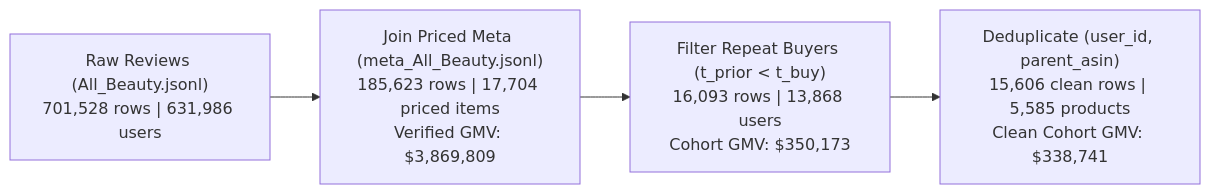
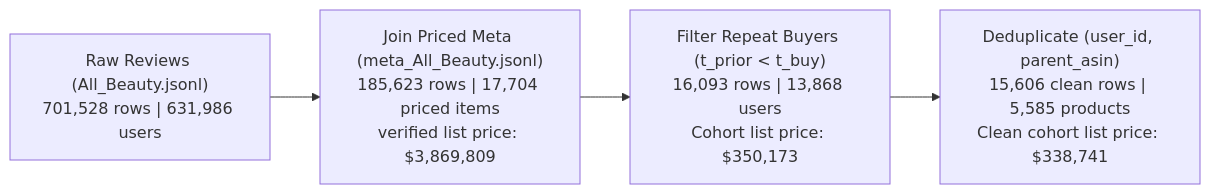
One commit to yuicnswu/thisisamazing changed the diagram in EDA_REPORT.md. Above: the diagram before and after it, drawn with Mermaid. The commit also changed other lines of this file and 16 other files, not shown here.

````diff
--- a/EDA_REPORT.md
+++ b/EDA_REPORT.md
@@ -21,6 +23,6 @@
 ```mermaid
 flowchart LR
-    A["Raw Reviews (All_Beauty.jsonl)<br/>701,528 rows | 631,986 users"] --> B["Join Priced Meta (meta_All_Beauty.jsonl)<br/>185,623 rows | 17,704 priced items<br/>Verified GMV: $3,869,809"]
-    B --> C["Filter Repeat Buyers (t_prior < t_buy)<br/>16,093 rows | 13,868 users<br/>Cohort GMV: $350,173"]
-    C --> D["Deduplicate (user_id, parent_asin)<br/>15,606 clean rows | 5,585 products<br/>Clean Cohort GMV: $338,741"]
+    A["Raw Reviews (All_Beauty.jsonl)<br/>701,528 rows | 631,986 users"] --> B["Join Priced Meta (meta_All_Beauty.jsonl)<br/>185,623 rows | 17,704 priced items<br/>verified list price: $3,869,809"]
+    B --> C["Filter Repeat Buyers (t_prior < t_buy)<br/>16,093 rows | 13,868 users<br/>Cohort list price: $350,173"]
+    C --> D["Deduplicate (user_id, parent_asin)<br/>15,606 clean rows | 5,585 products<br/>Clean cohort list price: $338,741"]
 ```
````
